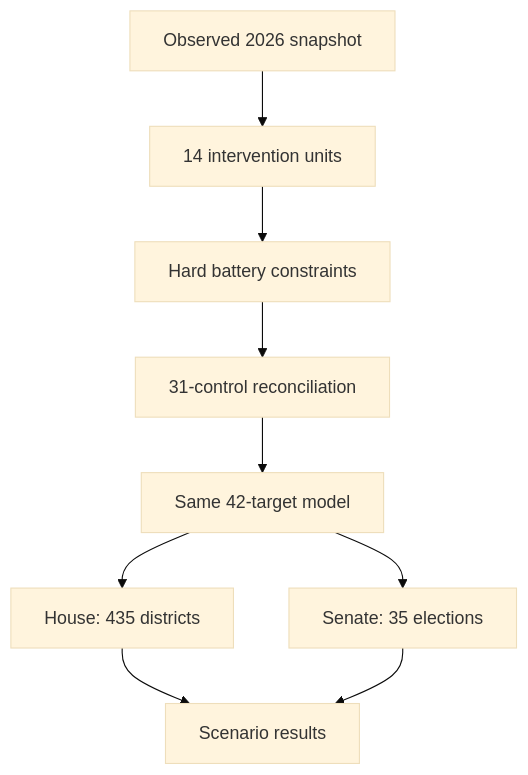
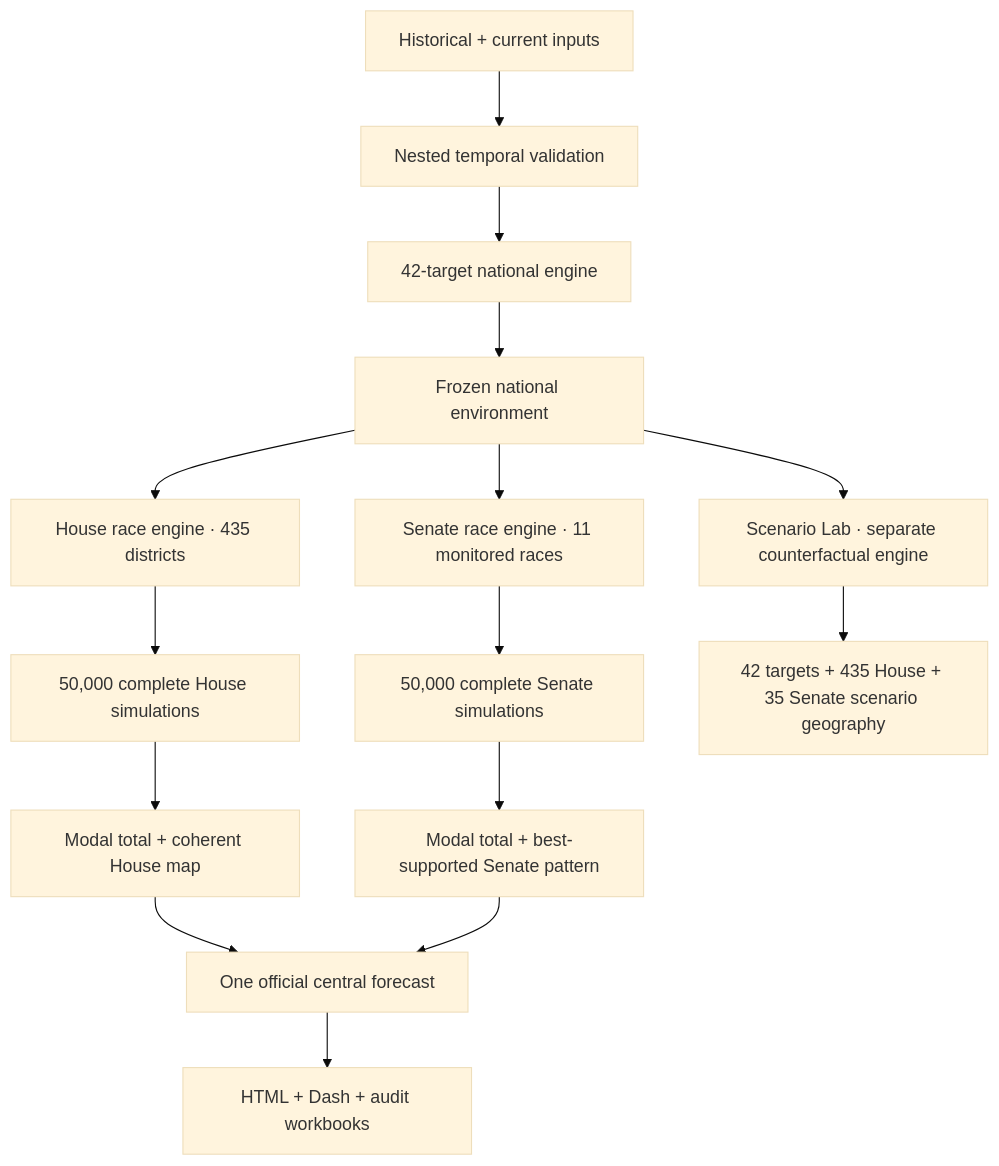
Before and after one commit to juaniflls/midterms-2026-forecast: the first of 2 diagrams in README.md, drawn with Mermaid (base theme). The commit also changed other lines of this file and 402 other files, not shown here.

````diff
--- a/README.md
+++ b/README.md
@@ -91,11 +142,17 @@
 ```mermaid
 flowchart TD
-    A["Observed 2026 snapshot"] --> B["14 intervention units"]
-    B --> C["Hard battery constraints"]
-    C --> D["31-control reconciliation"]
-    D --> E["Same 42-target model"]
-    E --> F["House: 435 districts"]
-    E --> G["Senate: 35 elections"]
-    F --> H["Scenario results"]
-    G --> H
+    A["Historical + current inputs"] --> B["Nested temporal validation"]
+    B --> C["42-target national engine"]
+    C --> D["Frozen national environment"]
+    D --> E["House race engine · 435 districts"]
+    D --> F["Senate race engine · 11 monitored races"]
+    E --> G["50,000 complete House simulations"]
+    F --> H["50,000 complete Senate simulations"]
+    G --> I["Modal total + coherent House map"]
+    H --> J["Modal total + best-supported Senate pattern"]
+    I --> K["One official central forecast"]
+    J --> K
+    K --> L["HTML + Dash + audit workbooks"]
+    D --> M["Scenario Lab · separate counterfactual engine"]
+    M --> N["42 targets + 435 House + 35 Senate scenario geography"]
 ```
````
